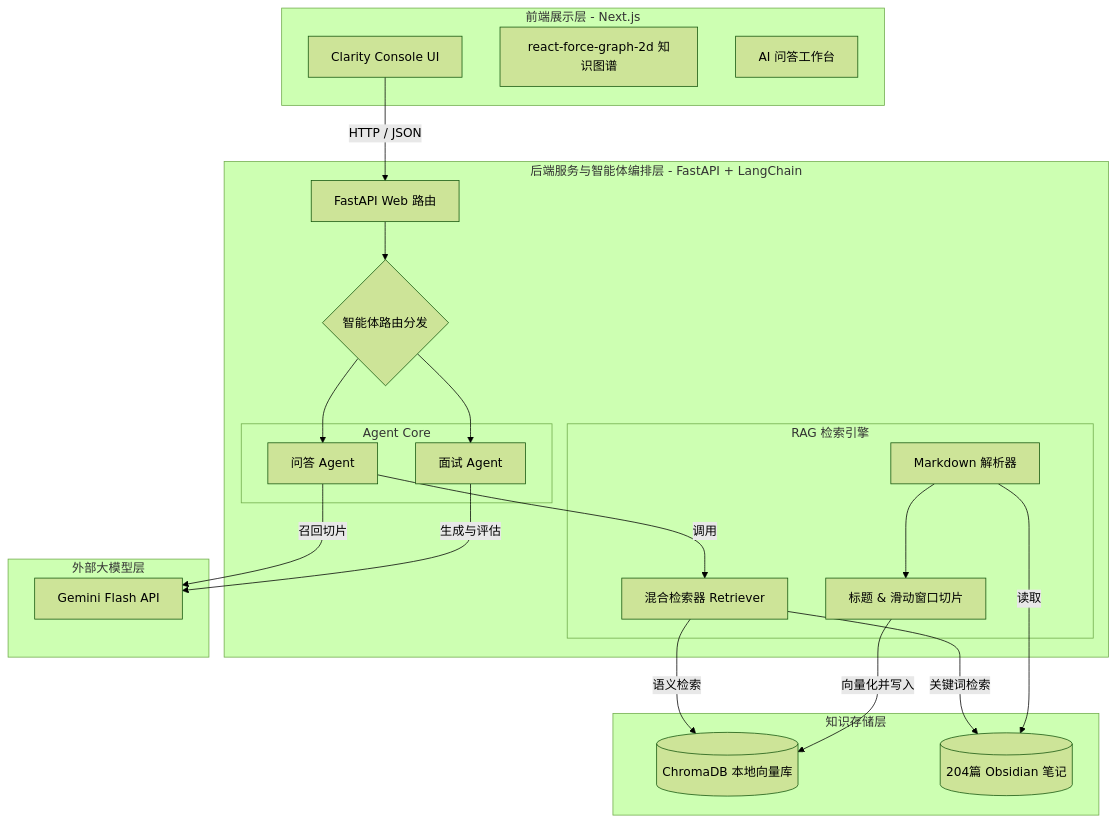
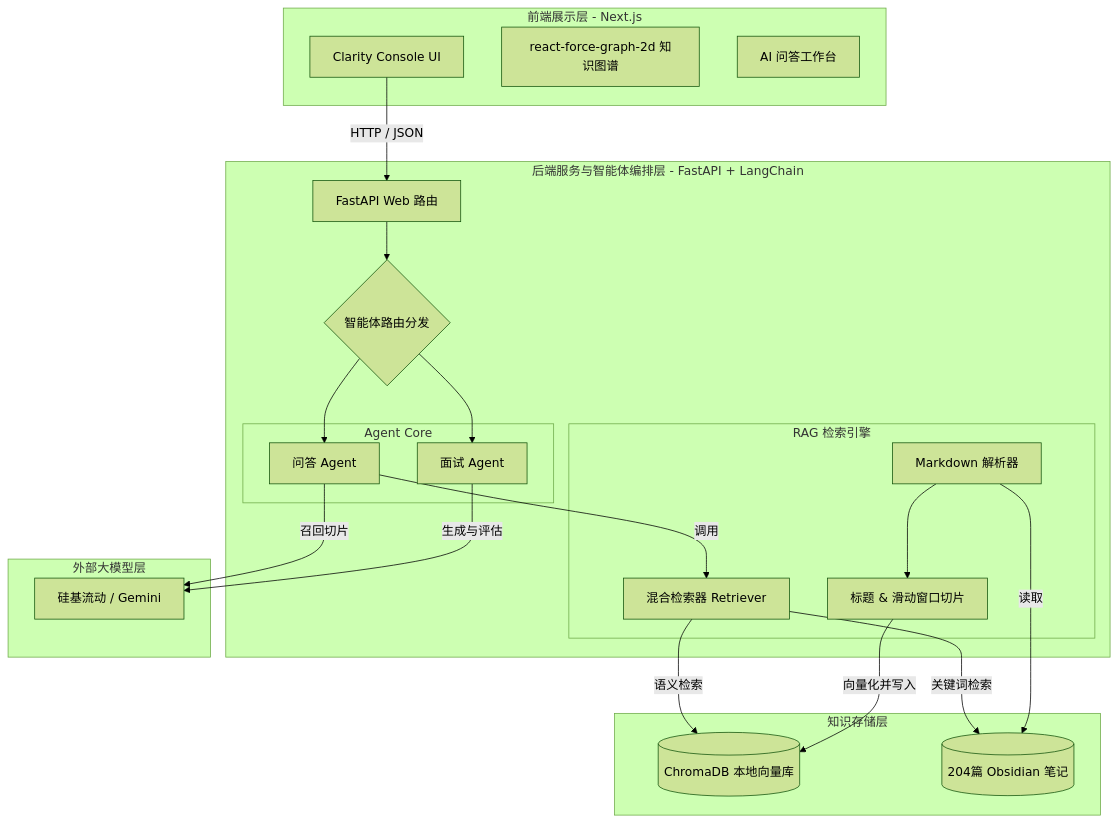
The diagram in README.md (tangtongqing/pm-knowledge-hub), drawn with Mermaid (forest theme) before and after one commit. The commit also changed other lines of this file and 8 other files, not shown here.

````diff
--- a/README.md
+++ b/README.md
@@ -42,51 +42,51 @@
 ```mermaid
 graph TB
     subgraph Frontend [前端展示层 - Next.js]
         WebUI[Clarity Console UI]
         GraphView[react-force-graph-2d 知识图谱]
         ChatView[AI 问答工作台]
     end
 
     subgraph Backend [后端服务与智能体编排层 - FastAPI + LangChain]
         API[FastAPI Web 路由]
         Router{智能体路由分发}
         
         subgraph Agents [Agent Core]
             QA[问答 Agent]
             Interview[面试 Agent]
         end
         
         subgraph RAG_Engine [RAG 检索引擎]
             Retriever[混合检索器 Retriever]
             Parser[Markdown 解析器]
             Splitter[标题 & 滑动窗口切片]
         end
     end
 
     subgraph Storage [知识存储层]
         VectorDB[(ChromaDB 本地向量库)]
         RawDocs[(204篇 Obsidian 笔记)]
     end
 
     subgraph External [外部大模型层]
-        Gemini[Gemini Flash API]
+        LLM[硅基流动 / Gemini]
     end
 
     %% 数据流与调用关系
     WebUI -->|HTTP / JSON| API
     API --> Router
     Router --> QA
     Router --> Interview
     
     QA -->|调用| Retriever
     Retriever -->|语义检索| VectorDB
     Retriever -->|关键词检索| RawDocs
     
-    QA -->|召回切片| Gemini
-    Interview -->|生成与评估| Gemini
+    QA -->|召回切片| LLM
+    Interview -->|生成与评估| LLM
     
     %% 初始化与写入流程
     Parser -->|读取| RawDocs
     Parser --> Splitter
     Splitter -->|向量化并写入| VectorDB
 ```
````
